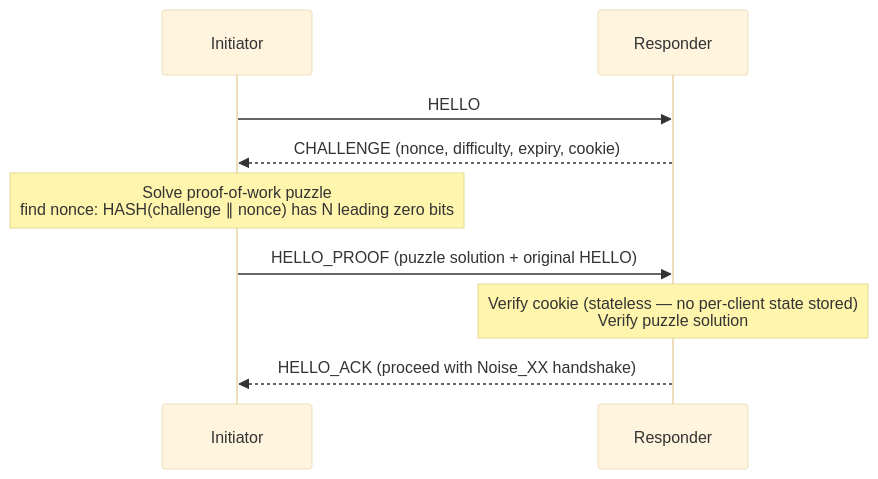
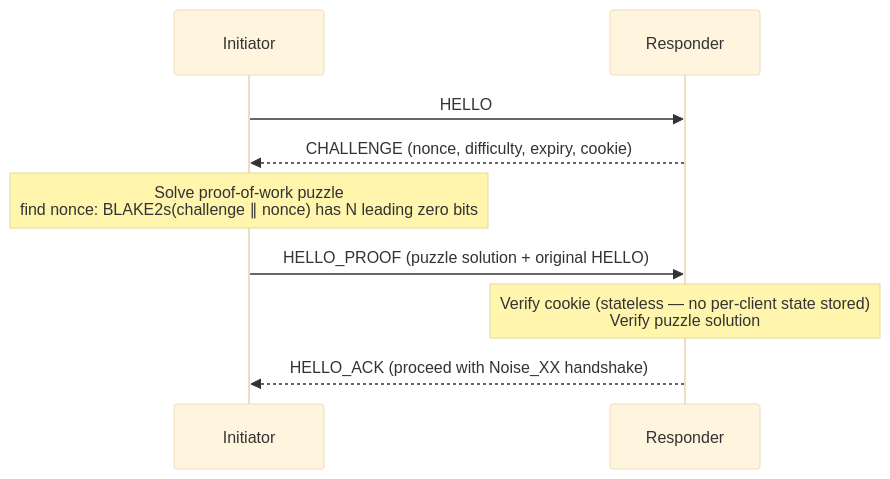
Before and after one commit to priceflex/ztlp: the eighth of 20 diagrams in README.md, drawn with Mermaid (base theme). The commit also changed other lines of this file, not shown here.

````diff
--- a/README.md
+++ b/README.md
@@ -3084,12 +3196,12 @@
 ```mermaid
 sequenceDiagram
     participant I as Initiator
     participant R as Responder
 
     I->>R: HELLO
     R-->>I: CHALLENGE (nonce, difficulty, expiry, cookie)
-    Note over I: Solve proof-of-work puzzle<br/>find nonce: HASH(challenge ∥ nonce) has N leading zero bits
+    Note over I: Solve proof-of-work puzzle<br/>find nonce: BLAKE2s(challenge ∥ nonce) has N leading zero bits
     I->>R: HELLO_PROOF (puzzle solution + original HELLO)
     Note over R: Verify cookie (stateless — no per-client state stored)<br/>Verify puzzle solution
     R-->>I: HELLO_ACK (proceed with Noise_XX handshake)
 ```
````
